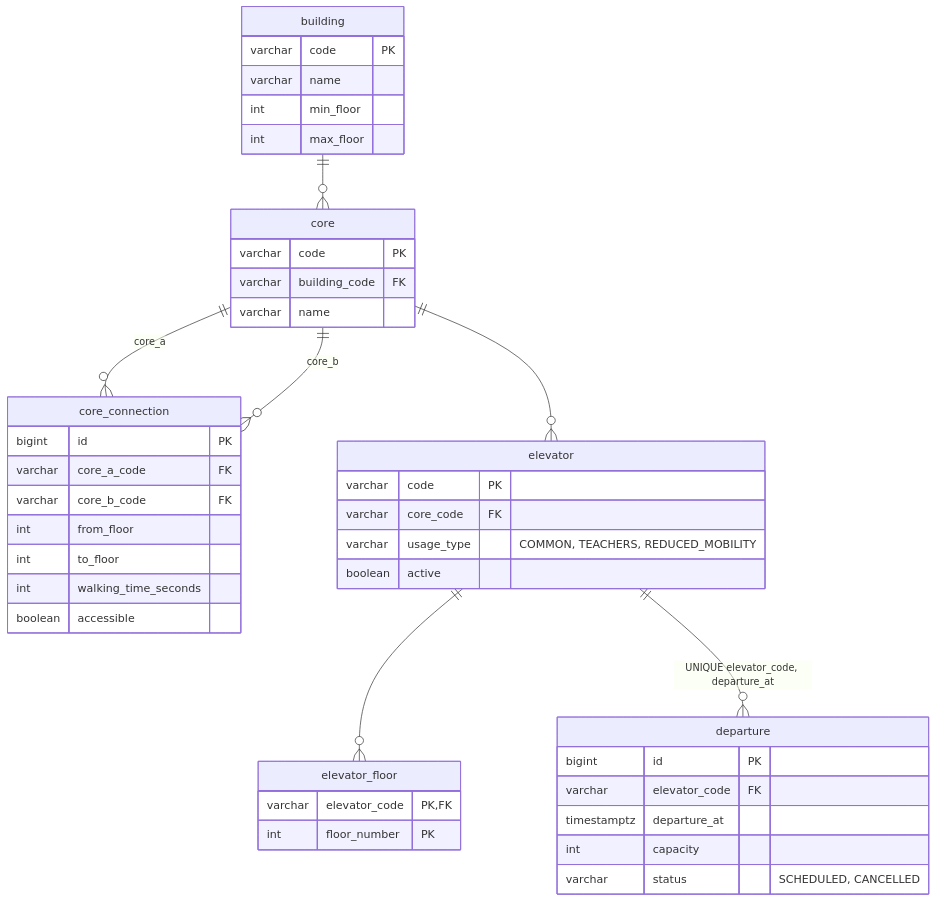
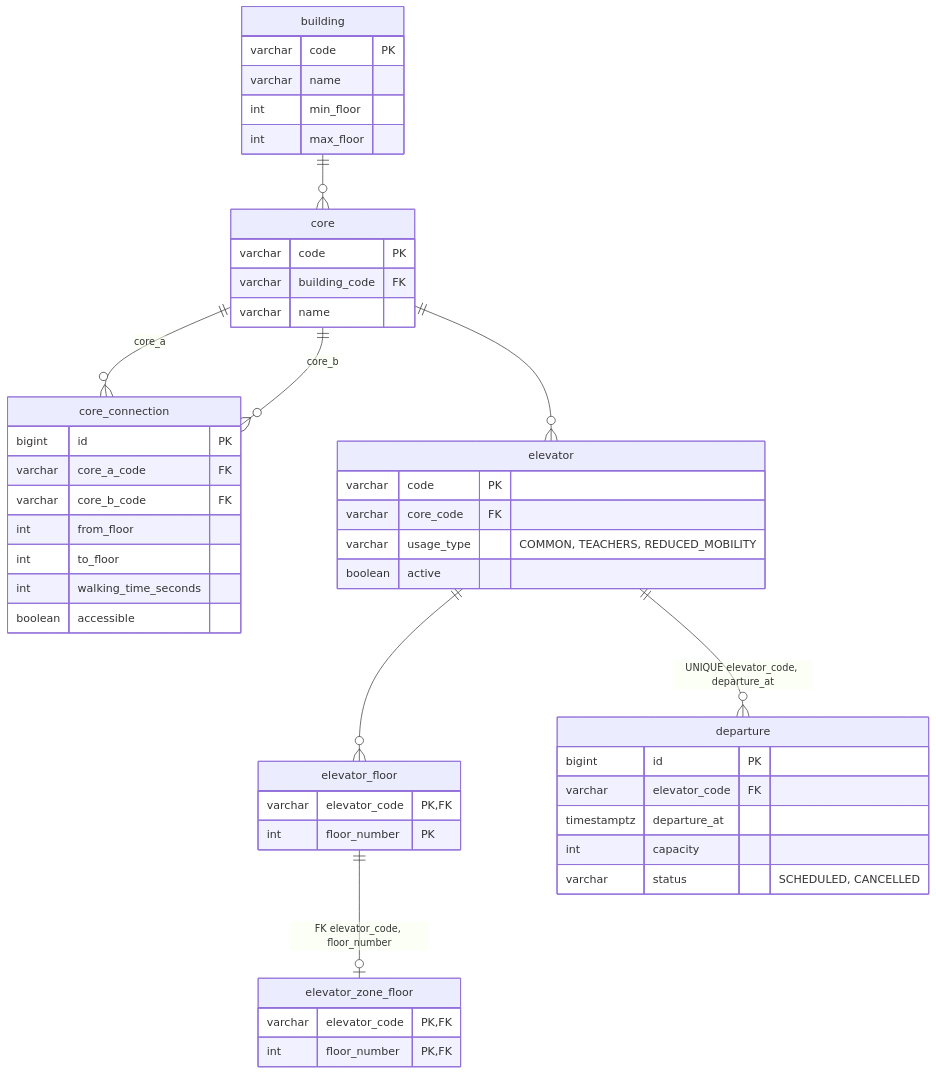
The third of 5 diagrams in docs/referencia/der.md (Benji-9/SmartElevate), drawn with Mermaid before and after one commit. The commit also changed other lines of this file, not shown here.

Commit message:
docs(db): add elevator_zone_floor (V23) to the ER diagram

````diff
--- a/docs/referencia/der.md
+++ b/docs/referencia/der.md
@@ -106,46 +107,51 @@
 ```mermaid
 erDiagram
     building {
         varchar code PK
         varchar name
         int min_floor
         int max_floor
     }
     core {
         varchar code PK
         varchar building_code FK
         varchar name
     }
     core_connection {
         bigint id PK
         varchar core_a_code FK
         varchar core_b_code FK
         int from_floor
         int to_floor
         int walking_time_seconds
         boolean accessible
     }
     elevator {
         varchar code PK
         varchar core_code FK
         varchar usage_type "COMMON, TEACHERS, REDUCED_MOBILITY"
         boolean active
     }
     elevator_floor {
         varchar elevator_code PK, FK
         int floor_number PK
     }
+    elevator_zone_floor {
+        varchar elevator_code PK, FK
+        int floor_number PK, FK
+    }
     departure {
         bigint id PK
         varchar elevator_code FK
         timestamptz departure_at
         int capacity
         varchar status "SCHEDULED, CANCELLED"
     }
     building ||--o{ core : ""
     core ||--o{ elevator : ""
     core ||--o{ core_connection : "core_a"
     core ||--o{ core_connection : "core_b"
     elevator ||--o{ elevator_floor : ""
+    elevator_floor ||--o| elevator_zone_floor : "FK elevator_code, floor_number"
     elevator ||--o{ departure : "UNIQUE elevator_code, departure_at"
 ```
````
